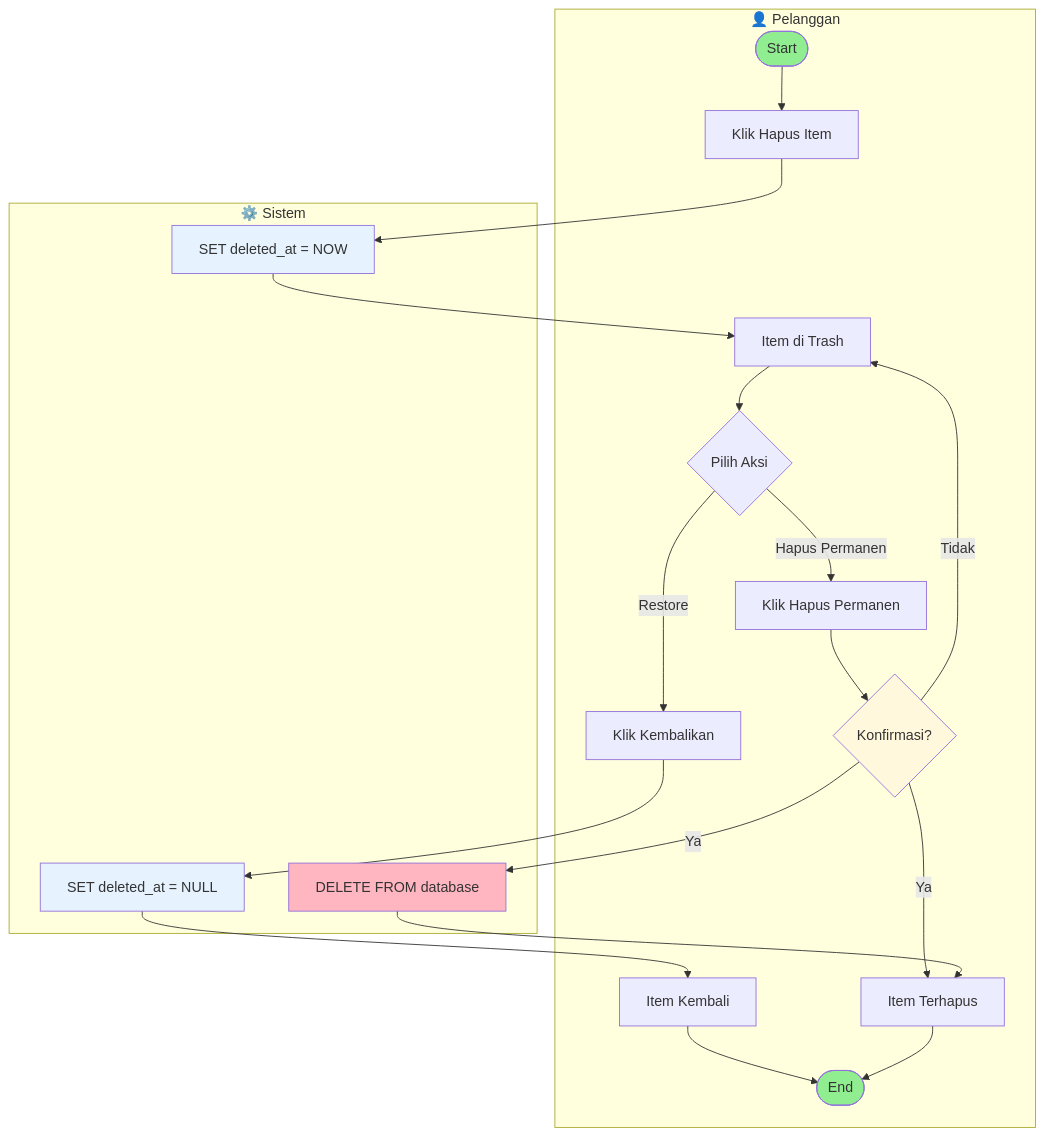
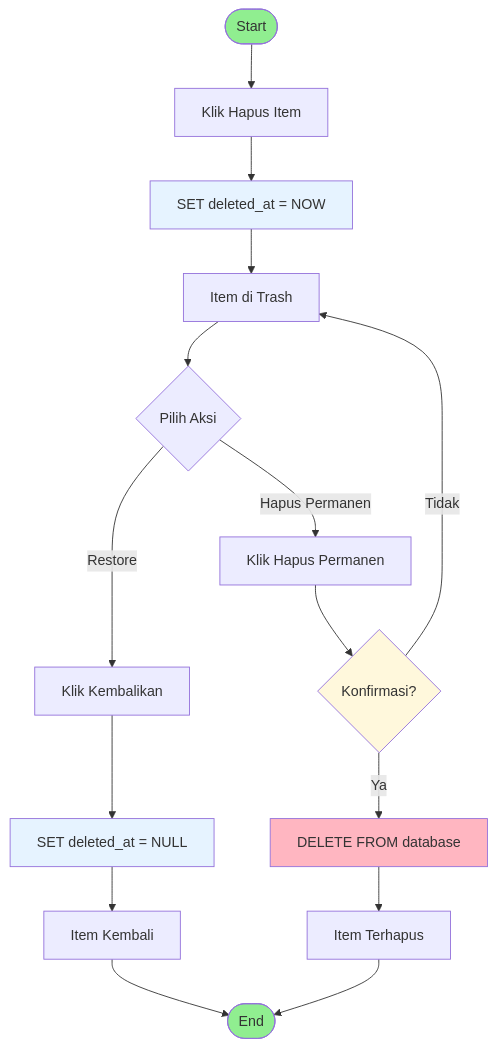
The fifth of 11 diagrams in ACTIVITY_DIAGRAMS.md (FarhanEfendi21/FlowDay), drawn with Mermaid before and after one commit. The commit also changed other lines of this file, not shown here.

Commit message:
fix activity diagram

````diff
--- a/ACTIVITY_DIAGRAMS.md
+++ b/ACTIVITY_DIAGRAMS.md
@@ -180,34 +169,26 @@
 ```mermaid
-graph TD
-    subgraph User["👤 Pelanggan"]
-        A([Start]) --> B[Klik Hapus Item]
-        C[Item di Trash] --> D{Pilih Aksi}
-        D -->|Restore| E[Klik Kembalikan]
-        D -->|Hapus Permanen| F[Klik Hapus Permanen]
-        F --> G{Konfirmasi?}
-        G -->|Tidak| C
-        G -->|Ya| H[Item Terhapus]
-        I[Item Kembali] --> J([End])
-        H --> J
-    end
+flowchart TB
+    Start([Start]) --> A[Klik Hapus Item]
+    A --> B[SET deleted_at = NOW]
+    B --> C[Item di Trash]
+    C --> Menu{Pilih Aksi}
     
-    subgraph System["⚙️ Sistem"]
-        K[SET deleted_at = NOW]
-        K --> C
-        L[SET deleted_at = NULL]
-        L --> I
-        M[DELETE FROM database]
-        M --> H
-    end
+    Menu -->|Restore| D1[Klik Kembalikan]
+    D1 --> D2[SET deleted_at = NULL]
+    D2 --> D3[Item Kembali]
+    D3 --> End([End])
     
-    B --> K
-    E --> L
-    G -->|Ya| M
+    Menu -->|Hapus Permanen| E1[Klik Hapus Permanen]
+    E1 --> E2{Konfirmasi?}
+    E2 -->|Tidak| C
+    E2 -->|Ya| E3[DELETE FROM database]
+    E3 --> E4[Item Terhapus]
+    E4 --> End
 
-    style A fill:#90EE90
-    style J fill:#90EE90
-    style G fill:#FFF8DC
-    style M fill:#FFB6C1
-    style K fill:#E6F3FF
-    style L fill:#E6F3FF
+    style Start fill:#90EE90
+    style End fill:#90EE90
+    style E2 fill:#FFF8DC
+    style E3 fill:#FFB6C1
+    style B fill:#E6F3FF
+    style D2 fill:#E6F3FF
 ```
````
